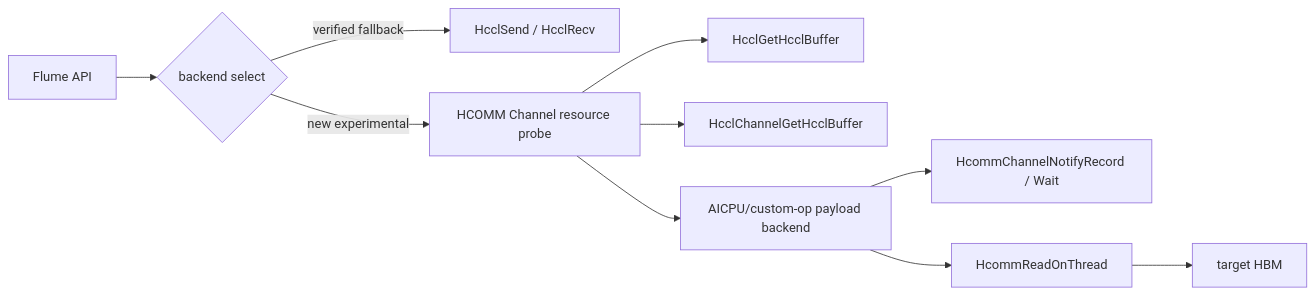
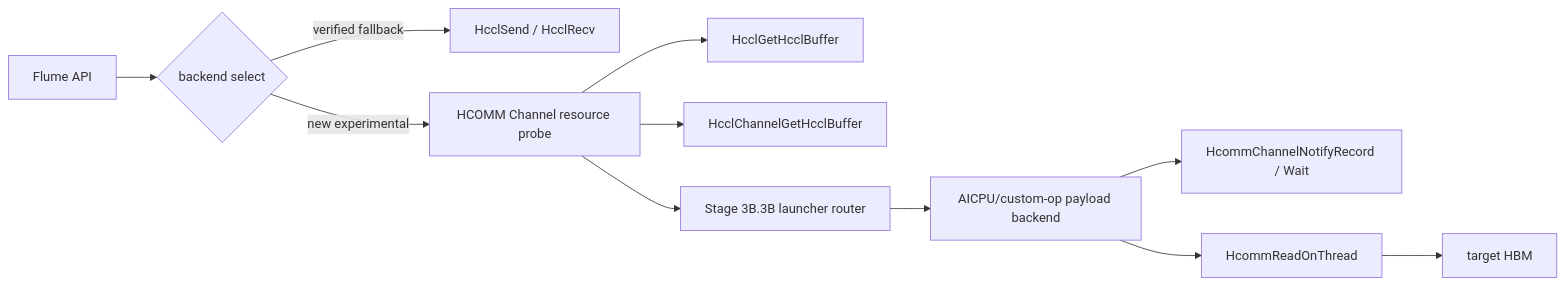
One commit to Leaf-Salix/flume-ascend-host-bypass-datapath changed diagram 11 of 12 in docs/implementation-flow-summary.md. Above: the diagram before and after it, drawn with Mermaid. The commit also changed other lines of this file and 9 other files, not shown here.

Commit message:
Add HCOMM launcher capability router

````diff
--- a/docs/implementation-flow-summary.md
+++ b/docs/implementation-flow-summary.md
@@ -506,12 +506,13 @@
 ```mermaid
 flowchart LR
     App["Flume API"] --> Select{"backend select"}
     Select -- "verified fallback" --> HcclP2P["HcclSend / HcclRecv"]
     Select -- "new experimental" --> Hcomm["HCOMM Channel resource probe"]
     Hcomm --> LocalBuf["HcclGetHcclBuffer"]
     Hcomm --> RemoteBuf["HcclChannelGetHcclBuffer"]
-    Hcomm --> Payload["AICPU/custom-op payload backend"]
+    Hcomm --> Router["Stage 3B.3B launcher router"]
+    Router --> Payload["AICPU/custom-op payload backend"]
     Payload --> Notify["HcommChannelNotifyRecord / Wait"]
     Payload --> Read["HcommReadOnThread"]
     Read --> Dst["target HBM"]
 ```
````
